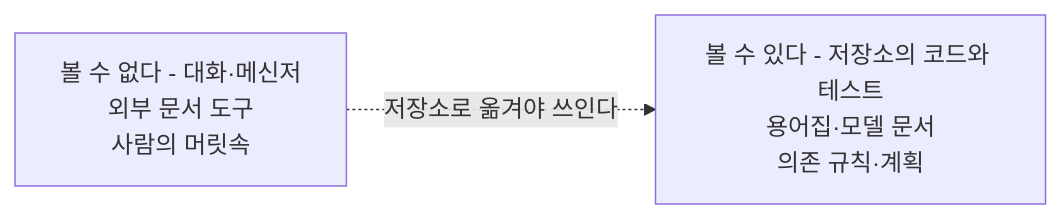
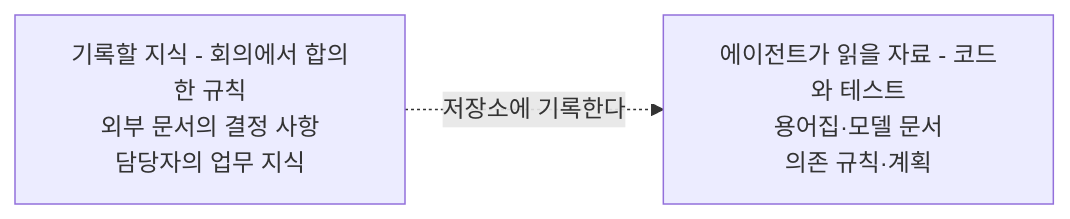
One commit to YoungSan77/TrainingMaterials changed the second of 4 diagrams in courses/ai-native/sessions/s05.md. Above: the diagram before and after it, drawn with Mermaid. The commit also changed other lines of this file and 33 other files, not shown here.

````diff
--- a/courses/ai-native/sessions/s05.md
+++ b/courses/ai-native/sessions/s05.md
@@ -221,4 +221,4 @@
 ```mermaid
 flowchart LR
-    I["볼 수 없다 - 대화·메신저<br/>외부 문서 도구<br/>사람의 머릿속"] -. "저장소로 옮겨야 쓰인다" .-> V["볼 수 있다 - 저장소의 코드와 테스트<br/>용어집·모델 문서<br/>의존 규칙·계획"]
+    I["기록할 지식 - 회의에서 합의한 규칙<br/>외부 문서의 결정 사항<br/>담당자의 업무 지식"] -. "저장소에 기록한다" .-> V["에이전트가 읽을 자료 - 코드와 테스트<br/>용어집·모델 문서<br/>의존 규칙·계획"]
 ```
````
